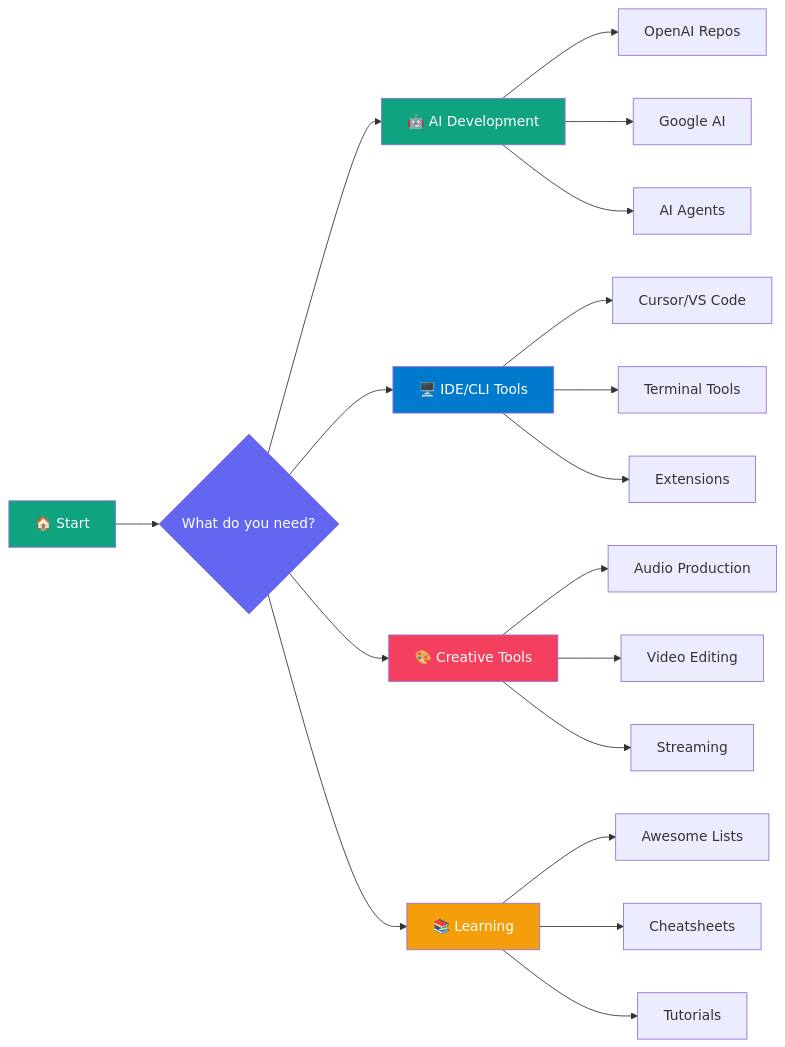
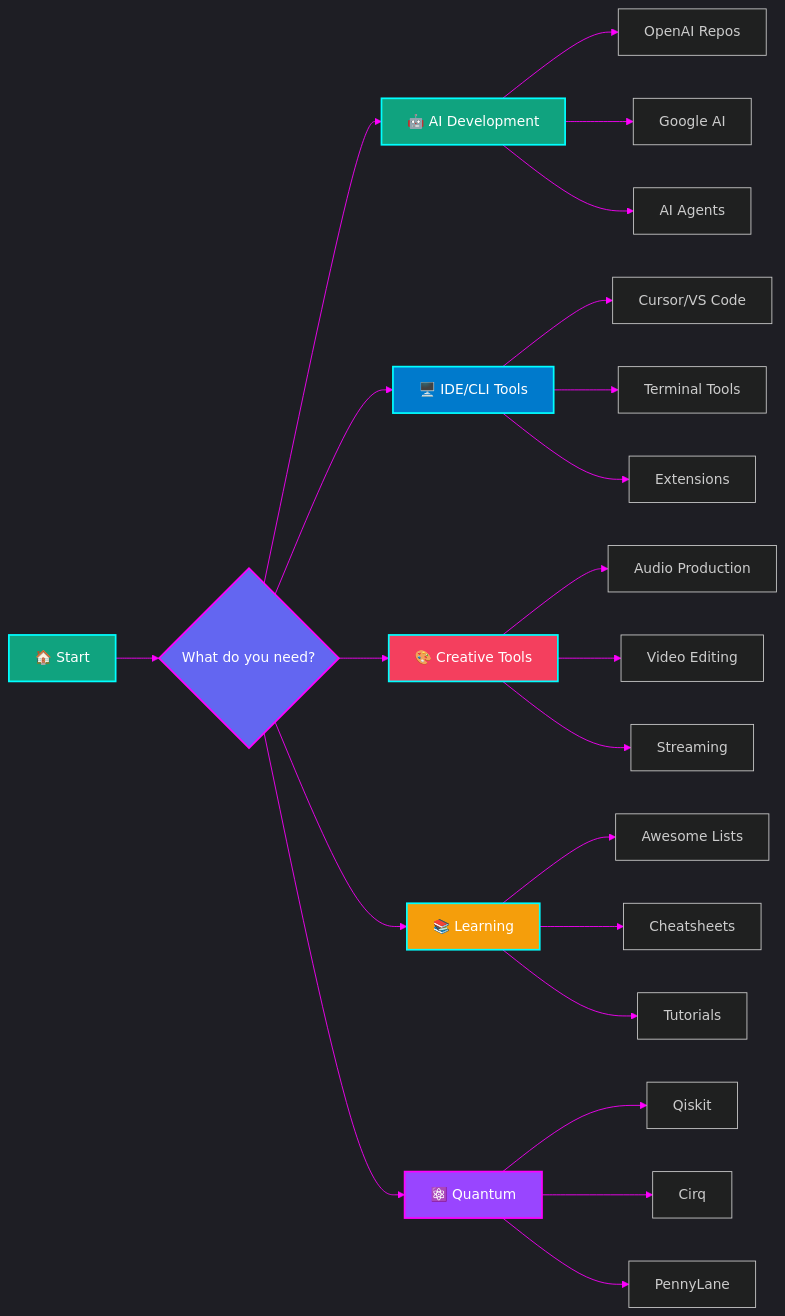
The fourth of 8 diagrams in README.md (SpiralCloudOmega/DevTeam6), drawn with Mermaid before and after one commit. The commit also changed other lines of this file, not shown here.

Commit message:
Add cyberpunk-style diagrams, Quantum Computing section, enhanced visuals

````diff
--- a/README.md
+++ b/README.md
@@ -151,31 +271,38 @@
 ```mermaid
+%%{init: {'theme': 'dark', 'themeVariables': { 'primaryColor': '#00ffff', 'primaryTextColor': '#fff', 'primaryBorderColor': '#ff00ff', 'lineColor': '#ff00ff', 'secondaryColor': '#1a1a2e'}}}%%
 graph LR
     A[🏠 Start] --> B{What do you need?}
     B --> C[🤖 AI Development]
     B --> D[🖥️ IDE/CLI Tools]
     B --> E[🎨 Creative Tools]
     B --> F[📚 Learning]
+    B --> G[⚛️ Quantum]
     
     C --> C1[OpenAI Repos]
     C --> C2[Google AI]
     C --> C3[AI Agents]
     
     D --> D1[Cursor/VS Code]
     D --> D2[Terminal Tools]
     D --> D3[Extensions]
     
     E --> E1[Audio Production]
     E --> E2[Video Editing]
     E --> E3[Streaming]
     
     F --> F1[Awesome Lists]
     F --> F2[Cheatsheets]
     F --> F3[Tutorials]
     
-    style A fill:#10a37f,color:#fff
-    style B fill:#6366f1,color:#fff
-    style C fill:#10a37f,color:#fff
-    style D fill:#007acc,color:#fff
-    style E fill:#f43f5e,color:#fff
-    style F fill:#f59e0b,color:#fff
+    G --> G1[Qiskit]
+    G --> G2[Cirq]
+    G --> G3[PennyLane]
+    
+    style A fill:#10a37f,stroke:#00ffff,stroke-width:2px,color:#fff
+    style B fill:#6366f1,stroke:#ff00ff,stroke-width:2px,color:#fff
+    style C fill:#10a37f,stroke:#00ffff,stroke-width:2px,color:#fff
+    style D fill:#007acc,stroke:#00ffff,stroke-width:2px,color:#fff
+    style E fill:#f43f5e,stroke:#00ffff,stroke-width:2px,color:#fff
+    style F fill:#f59e0b,stroke:#00ffff,stroke-width:2px,color:#fff
+    style G fill:#9945ff,stroke:#ff00ff,stroke-width:2px,color:#fff
 ```
````
